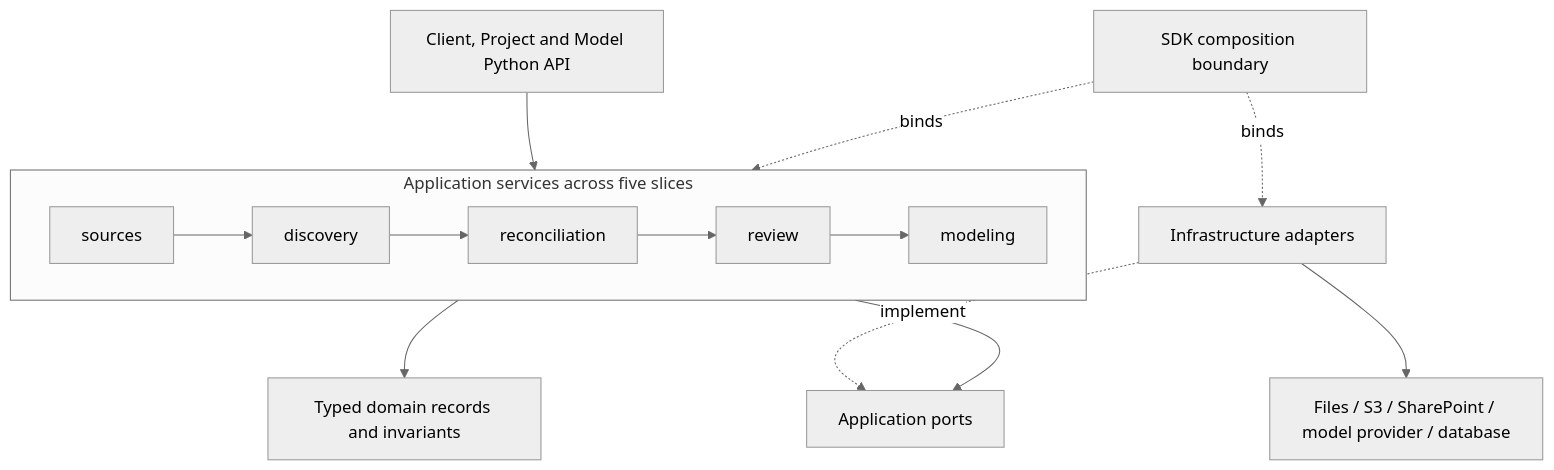
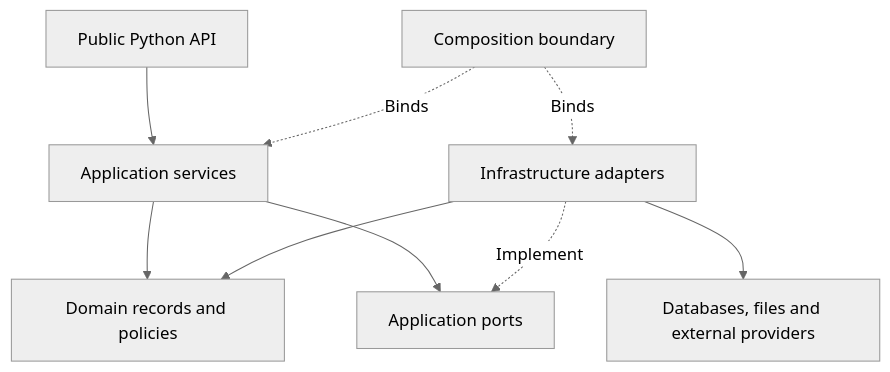
One commit to matejpalenik/domain-kernel changed the second of 6 diagrams in ARCHITECTURE.md. Above: the diagram before and after it, drawn with Mermaid (neutral theme). The commit also changed other lines of this file and 61 other files, not shown here.

First line of the commit message:
docs: split architecture contracts and streamline documentation

````diff
--- a/ARCHITECTURE.md
+++ b/ARCHITECTURE.md
@@ -885,20 +181,14 @@
 ```mermaid
 flowchart TB
-    Public["Client, Project and Model Python API"] --> Services
+    API["Public Python API"] --> Application["Application services"]
 
-    subgraph Services["Application services across five slices"]
-        Sources["sources"] --> Discovery["discovery"]
-        Discovery --> Reconciliation["reconciliation"]
-        Reconciliation --> Review["review"]
-        Review --> Modeling["modeling"]
-    end
+    Application --> Domain["Domain records and policies"]
+    Application --> Ports["Application ports"]
 
-    Services --> Domain["Typed domain records and invariants"]
-    Services --> Ports["Application ports"]
+    Infrastructure["Infrastructure adapters"] -.->|Implement| Ports
+    Infrastructure --> Domain
+    Infrastructure --> External["Databases, files and external providers"]
 
-    Adapters["Infrastructure adapters"] -. "implement" .-> Ports
-    Adapters --> External["Files / S3 / SharePoint / model provider / database"]
-
-    Composition["SDK composition boundary"] -. "binds" .-> Services
-    Composition -. "binds" .-> Adapters
+    Composition["Composition boundary"] -.->|Binds| Application
+    Composition -.->|Binds| Infrastructure
 ```
````
